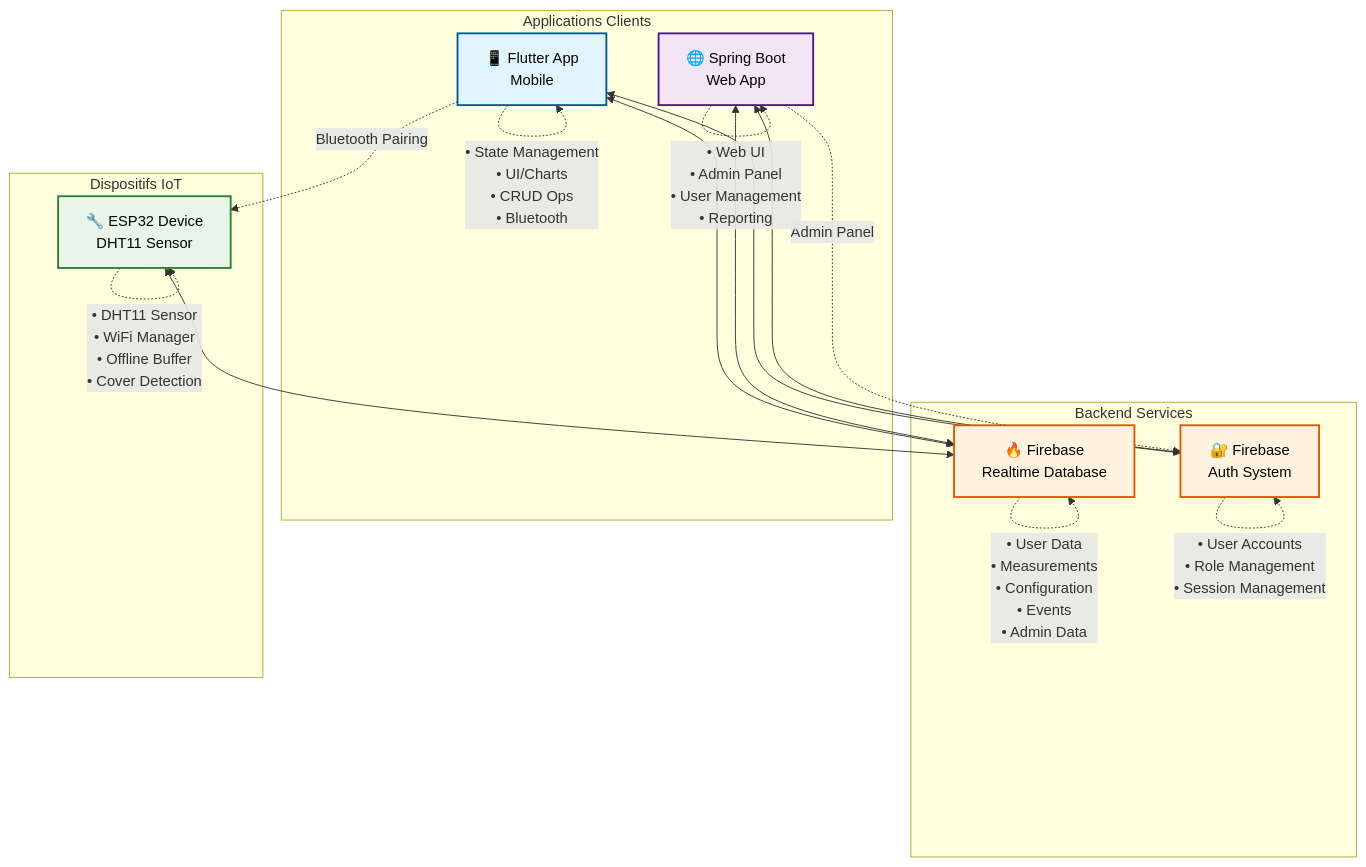
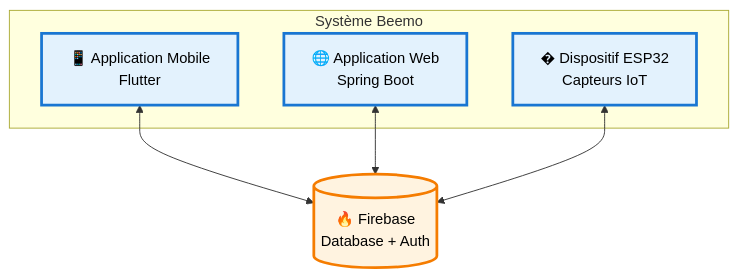
Before and after one commit to VasiCiocoiu/SpringBoot_MS2D: the first of 3 diagrams in Documentation Fil rouge/PROJECT_DOCUMENTATION.md, drawn with Mermaid. The commit also changed other lines of this file and 1 other file, not shown here.

````diff
--- a/Documentation Fil rouge/PROJECT_DOCUMENTATION.md
+++ b/Documentation Fil rouge/PROJECT_DOCUMENTATION.md
@@ -53,44 +48,20 @@
 ```mermaid
-graph TB
-    subgraph "Applications Clients"
-        FA[📱 Flutter App<br/>Mobile]
-        WA[🌐 Spring Boot<br/>Web App]
+graph TD
+    subgraph "Système Beemo"
+        Mobile[📱 Application Mobile<br/>Flutter]
+        Web[🌐 Application Web<br/>Spring Boot]
+        ESP[� Dispositif ESP32<br/>Capteurs IoT]
     end
 
-    subgraph "Backend Services"
-        FB[🔥 Firebase<br/>Realtime Database]
-        AUTH[🔐 Firebase<br/>Auth System]
-    end
+    Firebase[(🔥 Firebase<br/>Database + Auth)]
 
-    subgraph "Dispositifs IoT"
-        ESP[🔧 ESP32 Device<br/>DHT11 Sensor]
-    end
+    Mobile <--> Firebase
+    Web <--> Firebase
+    ESP <--> Firebase
 
-    %% Connexions principales
-    FA <--> AUTH
-    WA <--> AUTH
-    FA <--> FB
-    WA <--> FB
-    ESP <--> FB
+    classDef app fill:#e3f2fd,stroke:#1976d2,stroke-width:3px,color:#000
+    classDef firebase fill:#fff3e0,stroke:#f57c00,stroke-width:3px,color:#000
 
-    %% Fonctionnalités spécifiques
-    FA -.->|Bluetooth Pairing| ESP
-    WA -.->|Admin Panel| AUTH
-
-    %% Labels des connexions
-    FA -.->|"• State Management<br/>• UI/Charts<br/>• CRUD Ops<br/>• Bluetooth"| FA
-    WA -.->|"• Web UI<br/>• Admin Panel<br/>• User Management<br/>• Reporting"| WA
-    FB -.->|"• User Data<br/>• Measurements<br/>• Configuration<br/>• Events<br/>• Admin Data"| FB
-    ESP -.->|"• DHT11 Sensor<br/>• WiFi Manager<br/>• Offline Buffer<br/>• Cover Detection"| ESP
-    AUTH -.->|"• User Accounts<br/>• Role Management<br/>• Session Management"| AUTH
-
-    classDef mobileApp fill:#e1f5fe,stroke:#01579b,stroke-width:2px,color:#000
-    classDef webApp fill:#f3e5f5,stroke:#4a148c,stroke-width:2px,color:#000
-    classDef backend fill:#fff3e0,stroke:#e65100,stroke-width:2px,color:#000
-    classDef iot fill:#e8f5e8,stroke:#2e7d32,stroke-width:2px,color:#000
-
-    class FA mobileApp
-    class WA webApp
-    class FB,AUTH backend
-    class ESP iot
+    class Mobile,Web,ESP app
+    class Firebase firebase
 ```
````
